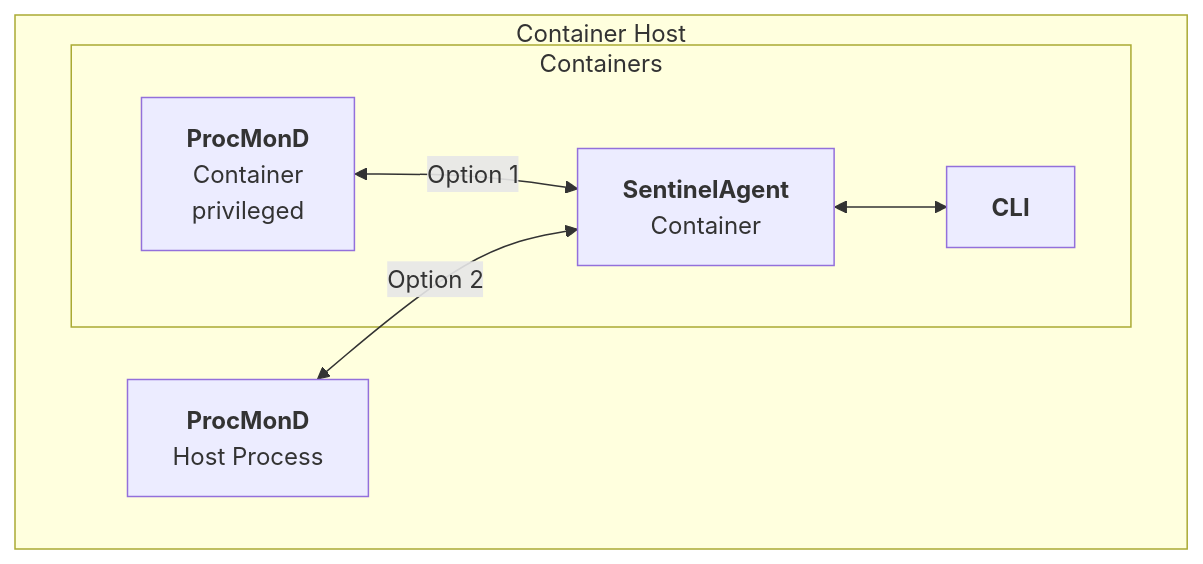
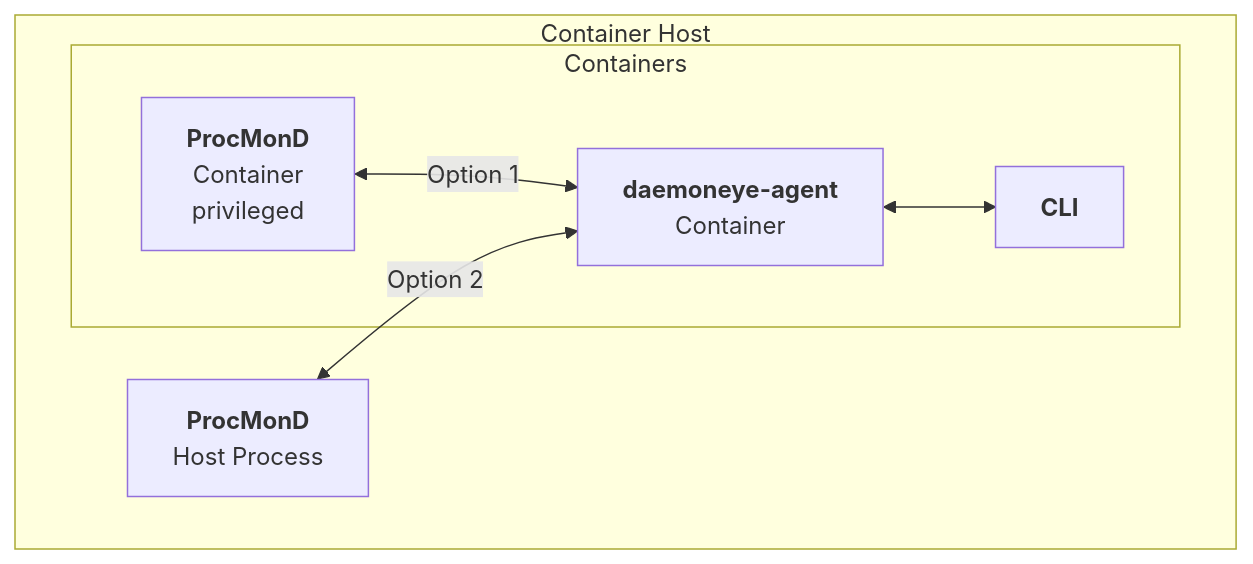
The third of 3 diagrams in docs/src/deployment.md (EvilBit-Labs/DaemonEye), drawn with Mermaid before and after one commit. The commit also changed other lines of this file and 24 other files, not shown here.

````diff
--- a/docs/src/deployment.md
+++ b/docs/src/deployment.md
@@ -129,16 +129,16 @@
 ```mermaid
 graph TB
     subgraph "Container Host"
         A2[<b>ProcMonD</b><br/>Host Process]
 
         subgraph "Containers"
             A1[<strong>ProcMonD</strong><br/>Container<br/>privileged]
-            B[<b>SentinelAgent</b><br/>Container]
+            B[<b>daemoneye-agent</b><br/>Container]
             C[<b>CLI</b>]
         end
 
         A1 <-->|Option 1| B
         A2 <-->|Option 2| B
         B <--> C
     end
 ```
````
